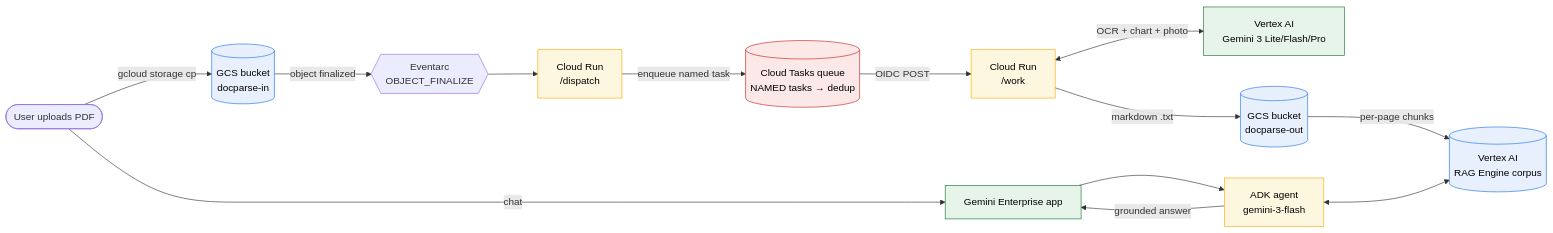
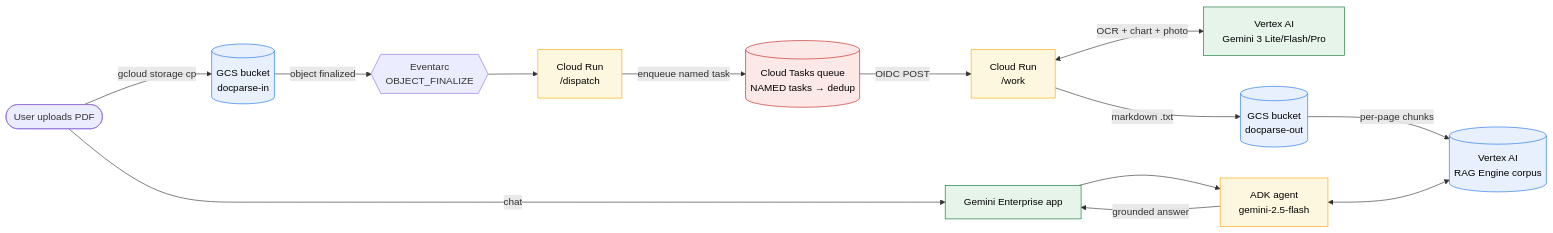
Before and after one commit to jchavezar/vertex-ai-samples: the first of 2 diagrams in semiautonomous-agents/docparse/README.md, drawn with Mermaid. The commit also changed other lines of this file and 4 other files, not shown here.

First line of the commit message:
docs(docparse): update to gemini-2.5-flash judge, 90.5% on 298 questions

````diff
--- a/semiautonomous-agents/docparse/README.md
+++ b/semiautonomous-agents/docparse/README.md
@@ -115,35 +115,35 @@
 ```mermaid
 flowchart LR
     USER([User uploads PDF])
     IN[(GCS bucket<br/>docparse-in)]
     EA{{Eventarc<br/>OBJECT_FINALIZE}}
     DISP["Cloud Run<br/>/dispatch"]
     TQ[(Cloud Tasks queue<br/>NAMED tasks → dedup)]
     WORK["Cloud Run<br/>/work"]
     GEM[Vertex AI<br/>Gemini 3 Lite/Flash/Pro]
     OUT[(GCS bucket<br/>docparse-out)]
     RAG[(Vertex AI<br/>RAG Engine corpus)]
-    AGENT[ADK agent<br/>gemini-3-flash]
+    AGENT[ADK agent<br/>gemini-2.5-flash]
     GE[Gemini Enterprise app]
 
     USER -->|gcloud storage cp| IN
     IN -->|object finalized| EA --> DISP
     DISP -->|enqueue named task| TQ
     TQ -->|OIDC POST| WORK
     WORK <-->|OCR + chart + photo| GEM
     WORK -->|markdown .txt| OUT
     OUT -->|per-page chunks| RAG
     USER -->|chat| GE
     GE --> AGENT
     AGENT <--> RAG
     AGENT -->|grounded answer| GE
 
     classDef bucket fill:#e8f0fe,stroke:#1a73e8,color:#000
     classDef compute fill:#fef7e0,stroke:#f9ab00,color:#000
     classDef queue fill:#fce8e6,stroke:#c5221f,color:#000
     classDef llm fill:#e6f4ea,stroke:#137333,color:#000
     class IN,OUT,RAG bucket
     class DISP,WORK,AGENT compute
     class TQ queue
     class GEM,GE llm
 ```
````
